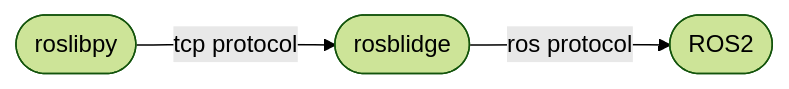
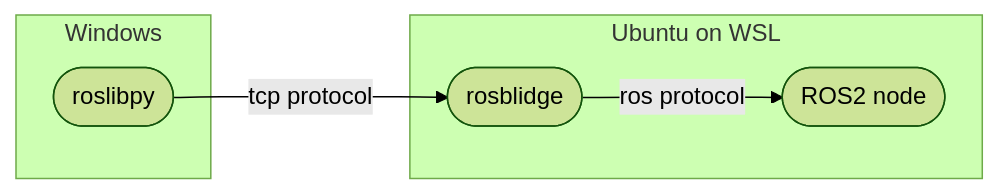
Before and after one commit to yuubae215/zenn-content: the diagram in articles/220514_py-roslibpy_rosbridge.md, drawn with Mermaid (forest theme). The commit also changed other lines of this file, not shown here.

Commit message:
style: 全体の文体、図の変更

````diff
--- a/articles/220514_py-roslibpy_rosbridge.md
+++ b/articles/220514_py-roslibpy_rosbridge.md
@@ -24,8 +24,12 @@
 ```mermaid
 flowchart LR
-A([roslibpy])
-B([rosblidge])
-C([ROS2])
+    subgraph Windows
+    A([roslibpy])
+    end
+    subgraph Ubuntu on WSL
+    B([rosblidge])
+    C([ROS2 node])
+    end
 
 A--tcp protocol-->B--ros protocol-->C
 ```
````
